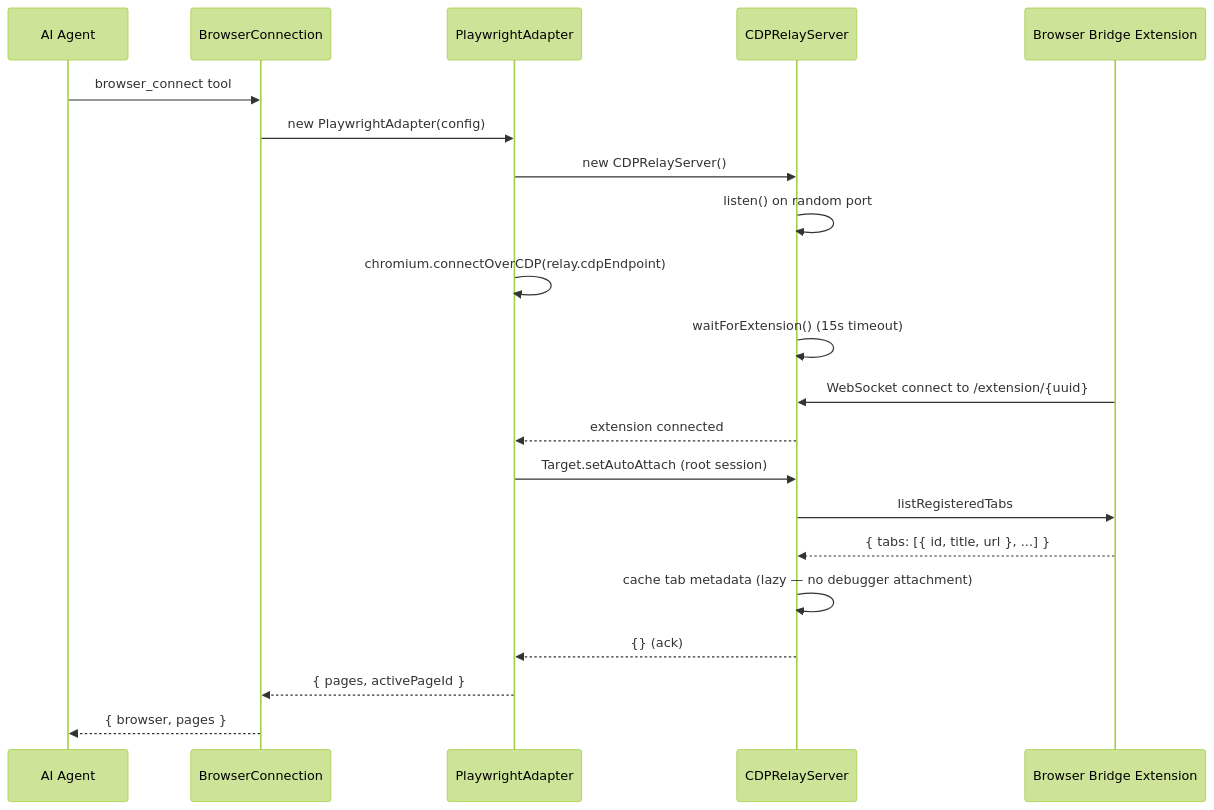
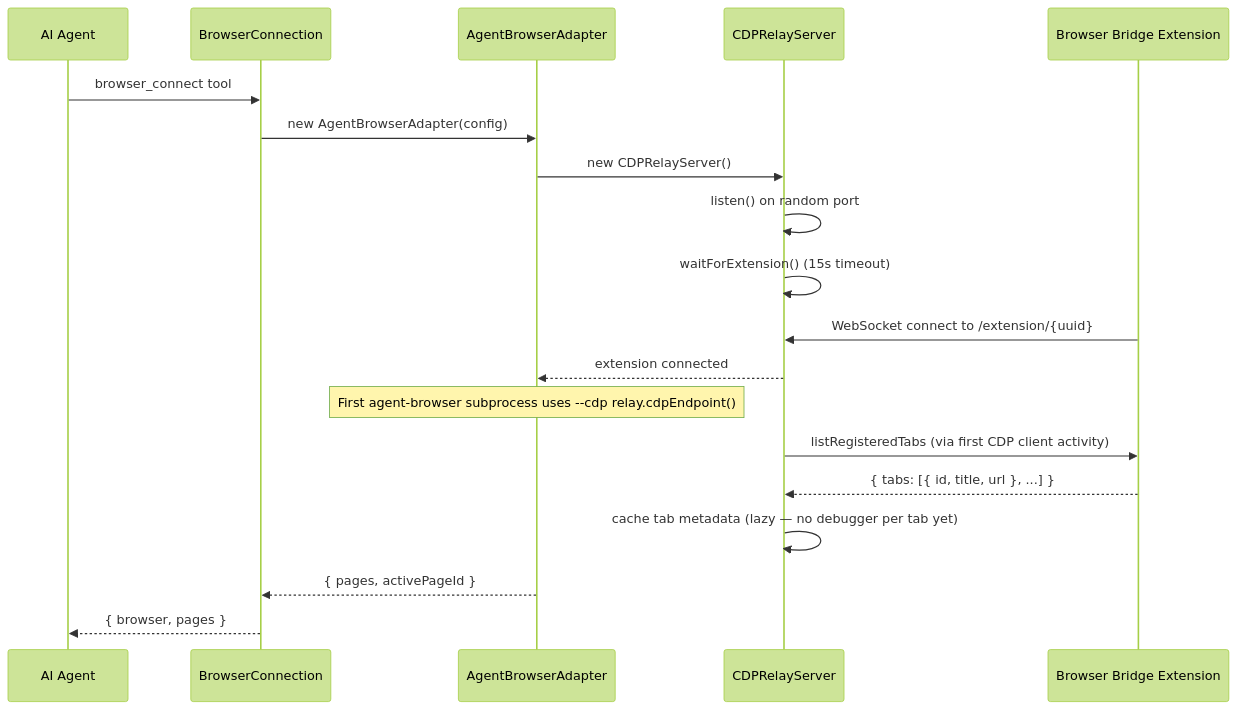
One commit to mayankjain1815-commits/n8n changed the second of 2 diagrams in packages/@n8n/mcp-browser/spec/technical-spec.md. Above: the diagram before and after it, drawn with Mermaid (forest theme). The commit also changed other lines of this file and 22 other files, not shown here.

Commit message:
test(mcp-browser): agent-browser adapter and CDP relay tab-list fixes

````diff
--- a/packages/@n8n/mcp-browser/spec/technical-spec.md
+++ b/packages/@n8n/mcp-browser/spec/technical-spec.md
@@ -99,24 +99,22 @@
 ```mermaid
 sequenceDiagram
     participant AI as AI Agent
     participant CONN as BrowserConnection
-    participant PA as PlaywrightAdapter
+    participant ABA as AgentBrowserAdapter
     participant RELAY as CDPRelayServer
     participant EXT as Browser Bridge Extension
 
     AI->>CONN: browser_connect tool
-    CONN->>PA: new PlaywrightAdapter(config)
-    PA->>RELAY: new CDPRelayServer()
+    CONN->>ABA: new AgentBrowserAdapter(config)
+    ABA->>RELAY: new CDPRelayServer()
     RELAY->>RELAY: listen() on random port
-    PA->>PA: chromium.connectOverCDP(relay.cdpEndpoint)
     RELAY->>RELAY: waitForExtension() (15s timeout)
     EXT->>RELAY: WebSocket connect to /extension/{uuid}
-    RELAY-->>PA: extension connected
-    PA->>RELAY: Target.setAutoAttach (root session)
-    RELAY->>EXT: listRegisteredTabs
+    RELAY-->>ABA: extension connected
+    Note over ABA: First agent-browser subprocess uses --cdp relay.cdpEndpoint()
+    RELAY->>EXT: listRegisteredTabs (via first CDP client activity)
     EXT-->>RELAY: { tabs: [{ id, title, url }, ...] }
-    RELAY->>RELAY: cache tab metadata (lazy — no debugger attachment)
-    RELAY-->>PA: {} (ack)
-    PA-->>CONN: { pages, activePageId }
+    RELAY->>RELAY: cache tab metadata (lazy — no debugger per tab yet)
+    ABA-->>CONN: { pages, activePageId }
     CONN-->>AI: { browser, pages }
 ```
````
